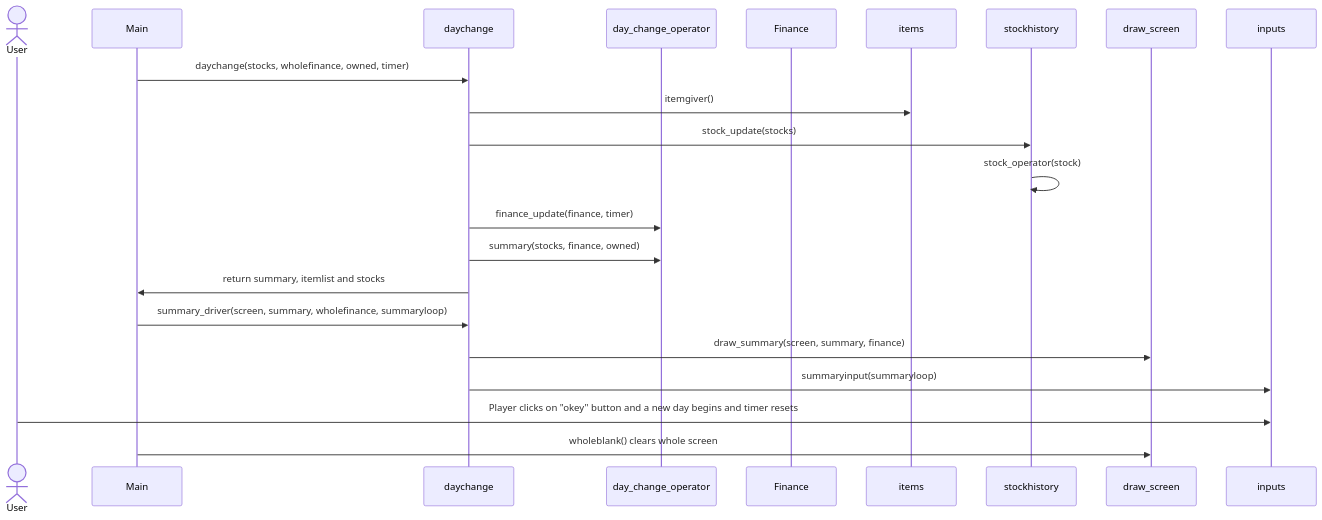
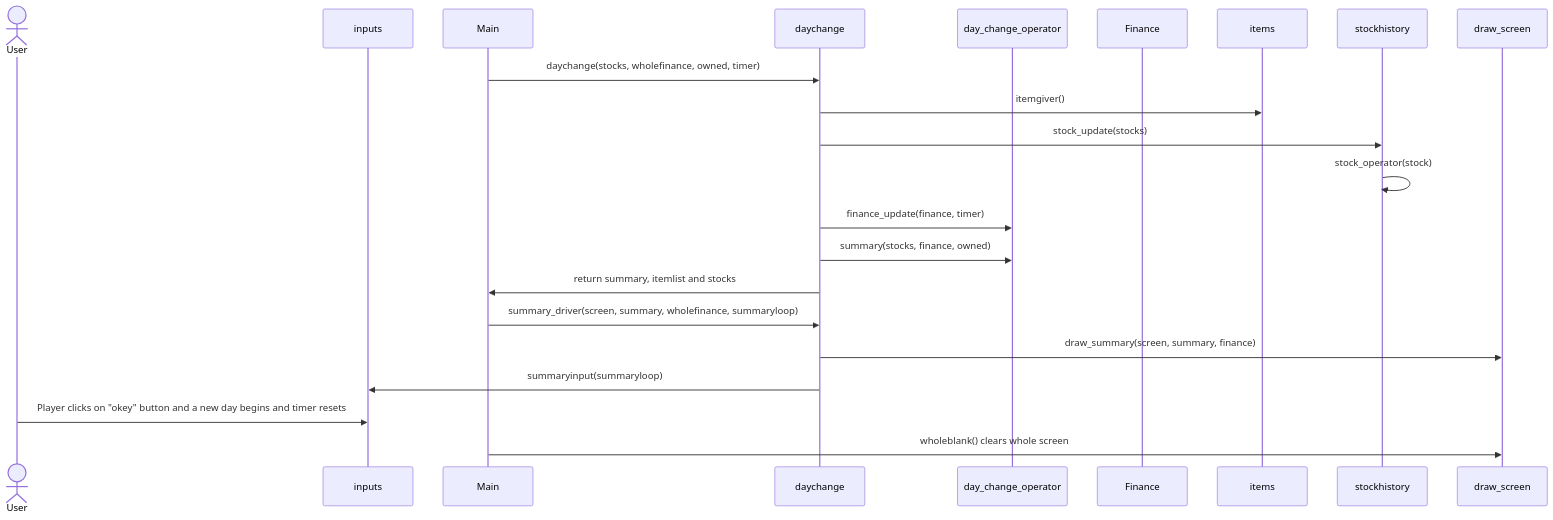
One commit to sepaww/ot-harjoitustyo changed the fourth of 4 diagrams in dokumentaatio/arkkitehtuuri.md. Above: the diagram before and after it, drawn with Mermaid. The commit also changed other lines of this file, not shown here.

````diff
--- a/dokumentaatio/arkkitehtuuri.md
+++ b/dokumentaatio/arkkitehtuuri.md
@@ -123,24 +123,24 @@
   ```mermaid
 sequenceDiagram
   actor User
+  participant inputs
   participant Main
   participant daychange
   participant day_change_operator
   participant Finance
   participant items
   participant stockhistory
   participant draw_screen
-  participant inputs
   Main->>daychange: daychange(stocks, wholefinance, owned, timer)
   daychange->>items: itemgiver()
   daychange->>stockhistory: stock_update(stocks)
   stockhistory->>stockhistory: stock_operator(stock)
   daychange->>day_change_operator: finance_update(finance, timer)
   daychange->>day_change_operator: summary(stocks, finance, owned)
   daychange->>Main: return summary, itemlist and stocks
   Main->>daychange: summary_driver(screen, summary, wholefinance, summaryloop)
   daychange->>draw_screen: draw_summary(screen, summary, finance)
   daychange->>inputs: summaryinput(summaryloop)
   User->>inputs: Player clicks on "okey" button and a new day begins and timer resets
   Main->>draw_screen: wholeblank() clears whole screen
 ```
````
